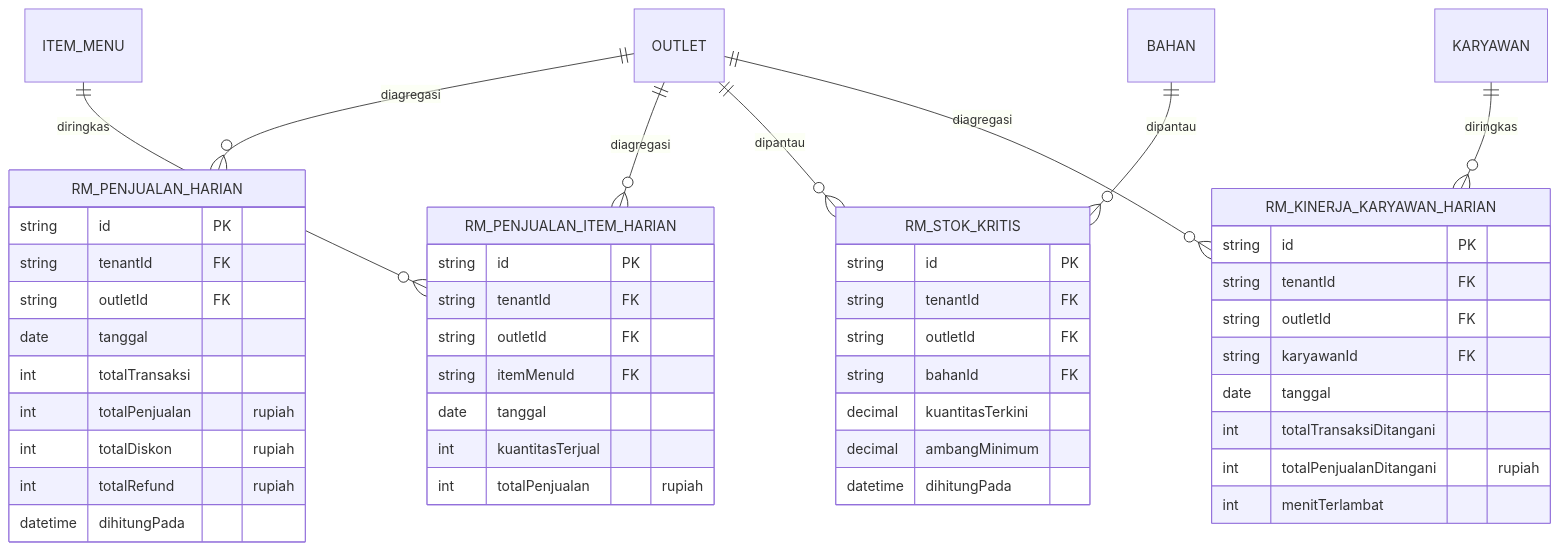
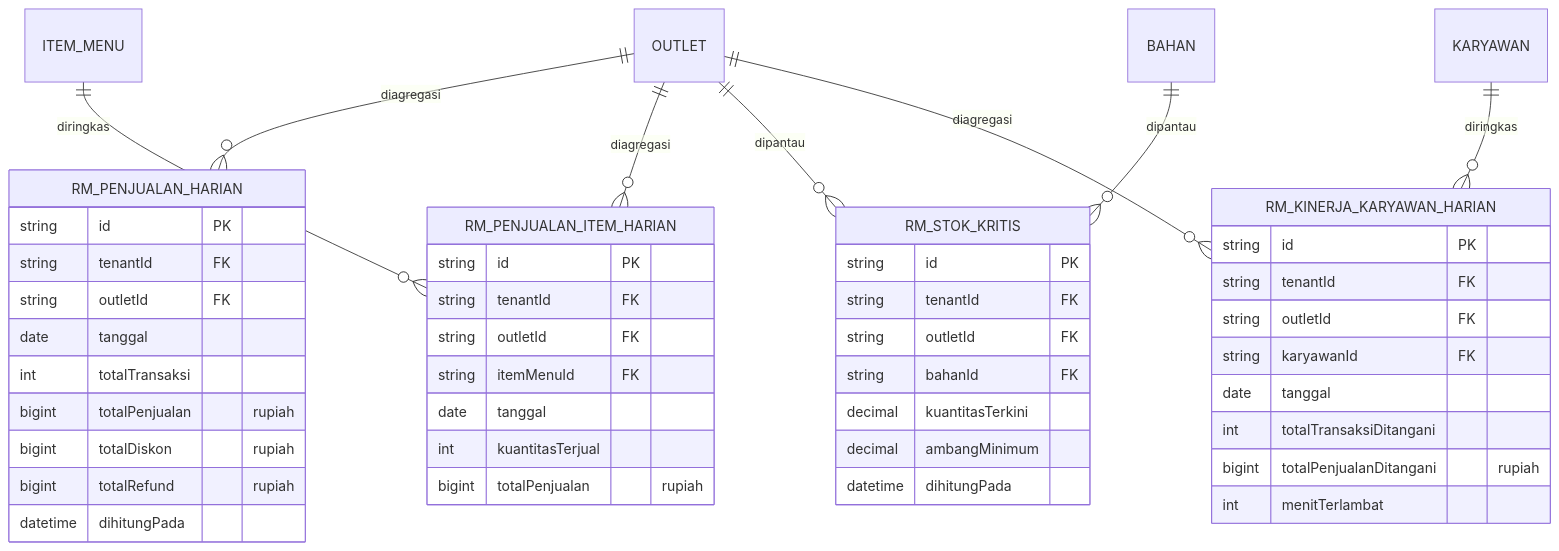
The diagram in docs/database/14-analitik-read-model.md (Cat-tj/altora-resto), drawn with Mermaid before and after one commit. The commit also changed 15 other files, not shown here.

````diff
--- a/docs/database/14-analitik-read-model.md
+++ b/docs/database/14-analitik-read-model.md
@@ -5,50 +5,50 @@
 ```mermaid
 erDiagram
     OUTLET ||--o{ RM_PENJUALAN_HARIAN : diagregasi
     OUTLET ||--o{ RM_PENJUALAN_ITEM_HARIAN : diagregasi
     ITEM_MENU ||--o{ RM_PENJUALAN_ITEM_HARIAN : diringkas
     OUTLET ||--o{ RM_STOK_KRITIS : dipantau
     BAHAN ||--o{ RM_STOK_KRITIS : dipantau
     OUTLET ||--o{ RM_KINERJA_KARYAWAN_HARIAN : diagregasi
     KARYAWAN ||--o{ RM_KINERJA_KARYAWAN_HARIAN : diringkas
 
     RM_PENJUALAN_HARIAN {
         string id PK
         string tenantId FK
         string outletId FK
         date tanggal
         int totalTransaksi
-        int totalPenjualan "rupiah"
-        int totalDiskon "rupiah"
-        int totalRefund "rupiah"
+        bigint totalPenjualan "rupiah"
+        bigint totalDiskon "rupiah"
+        bigint totalRefund "rupiah"
         datetime dihitungPada
     }
     RM_PENJUALAN_ITEM_HARIAN {
         string id PK
         string tenantId FK
         string outletId FK
         string itemMenuId FK
         date tanggal
         int kuantitasTerjual
-        int totalPenjualan "rupiah"
+        bigint totalPenjualan "rupiah"
     }
     RM_STOK_KRITIS {
         string id PK
         string tenantId FK
         string outletId FK
         string bahanId FK
         decimal kuantitasTerkini
         decimal ambangMinimum
         datetime dihitungPada
     }
     RM_KINERJA_KARYAWAN_HARIAN {
         string id PK
         string tenantId FK
         string outletId FK
         string karyawanId FK
         date tanggal
         int totalTransaksiDitangani
-        int totalPenjualanDitangani "rupiah"
+        bigint totalPenjualanDitangani "rupiah"
         int menitTerlambat
     }
 ```
````
